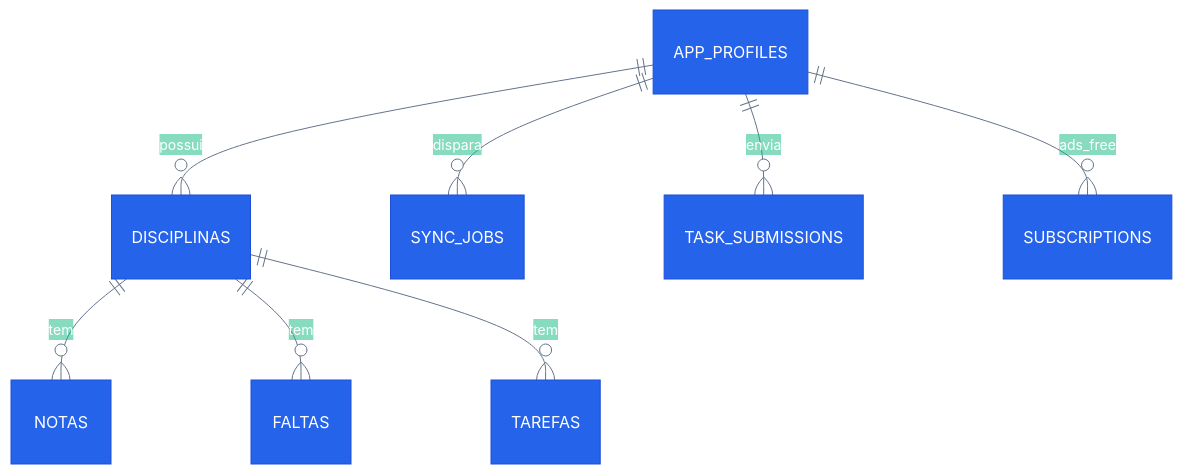
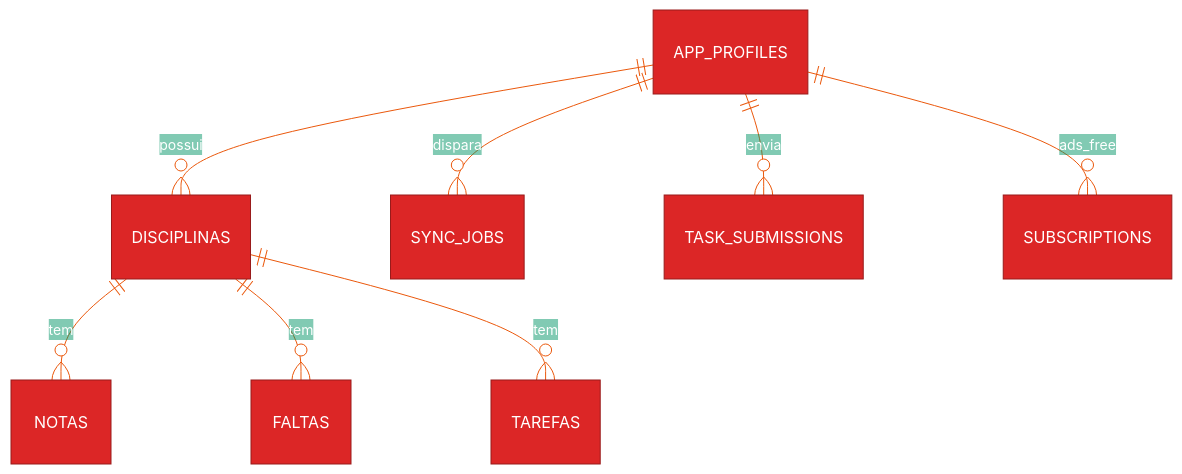
Before and after one commit to KairoHenrique/CEFET-Academic-Planner: the fifth of 5 diagrams in README.md, drawn with Mermaid. The commit also changed other lines of this file, not shown here.

Commit message:
docs: Mermaid vermelho/laranja no lugar de azul para contraste no GitHub

````diff
--- a/README.md
+++ b/README.md
@@ -705,11 +705,11 @@
 ```mermaid
-%%{init: {"theme": "base", "themeVariables": {"primaryColor": "#2563EB", "primaryTextColor": "#FFFFFF", "primaryBorderColor": "#1D4ED8", "lineColor": "#64748B", "secondaryColor": "#EAB308", "tertiaryColor": "#10B981"}}}%%
+%%{init: {"theme": "base", "themeVariables": {"primaryColor": "#DC2626", "primaryTextColor": "#FFFFFF", "primaryBorderColor": "#991B1B", "lineColor": "#EA580C", "secondaryColor": "#CA8A04", "tertiaryColor": "#059669"}}}%%
 erDiagram
   APP_PROFILES ||--o{ DISCIPLINAS : possui
   APP_PROFILES ||--o{ SYNC_JOBS : dispara
   APP_PROFILES ||--o{ TASK_SUBMISSIONS : envia
   APP_PROFILES ||--o{ SUBSCRIPTIONS : ads_free
   DISCIPLINAS ||--o{ NOTAS : tem
   DISCIPLINAS ||--o{ FALTAS : tem
   DISCIPLINAS ||--o{ TAREFAS : tem
 ```
````
